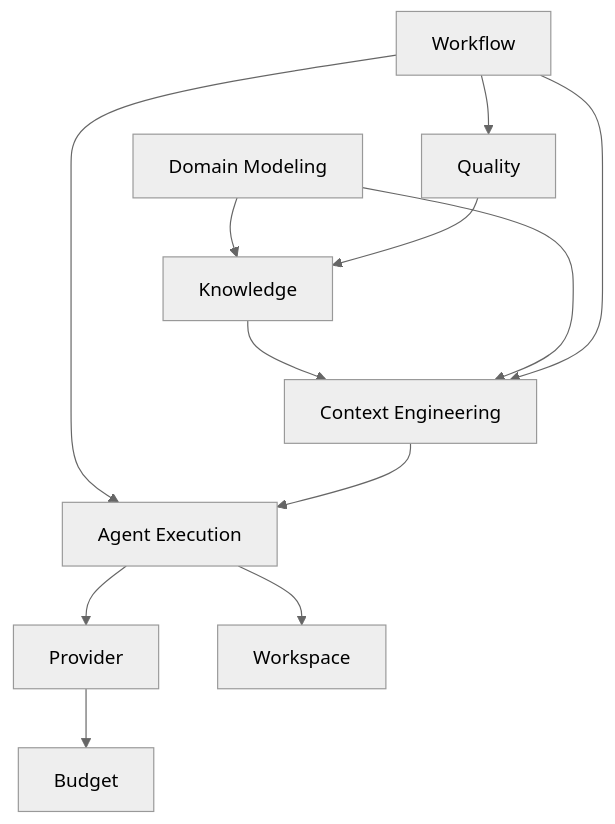
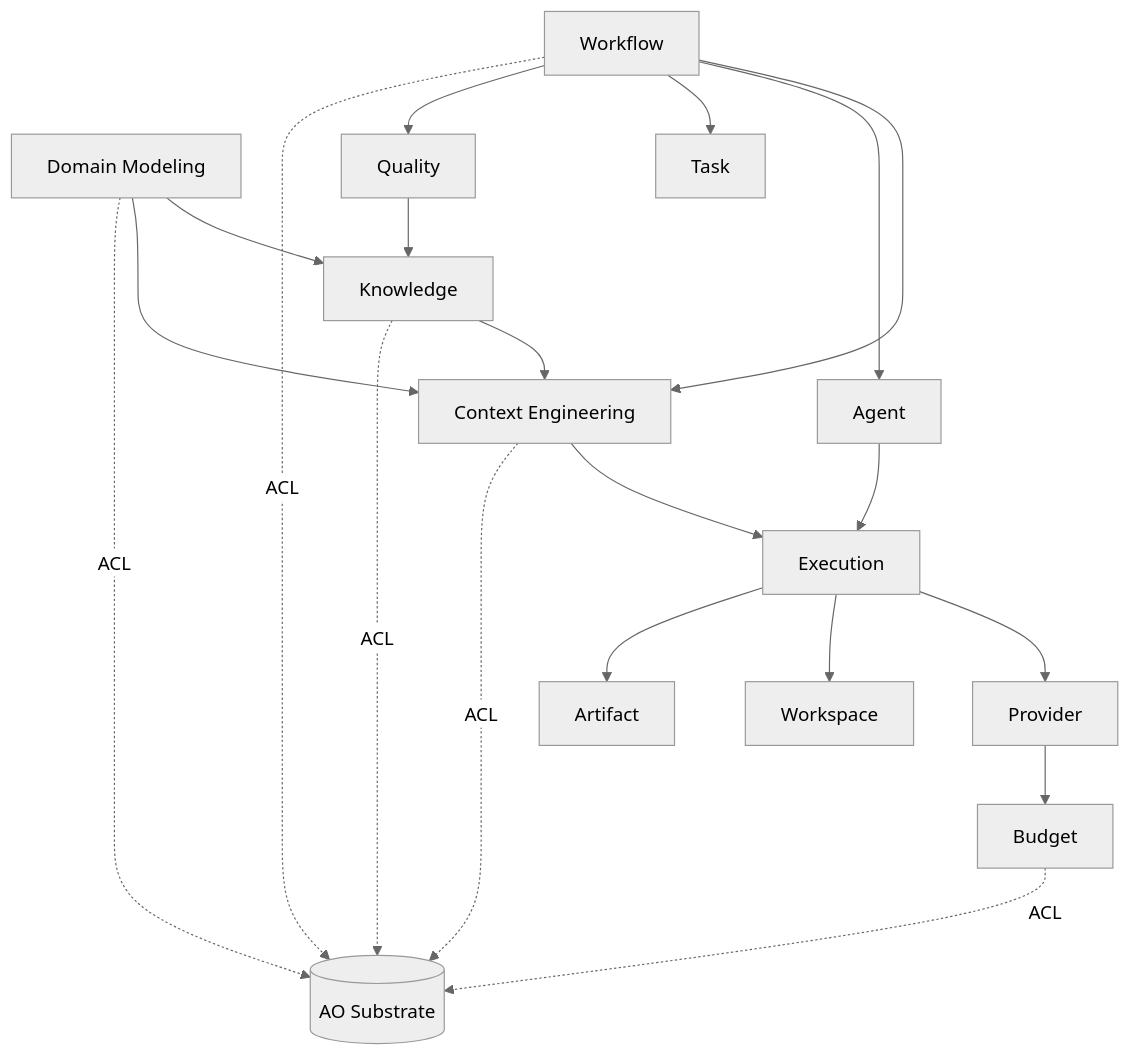
The diagram in docs/fork/ddd-spec/04-bounded-context-map.md (hainguyen97dev/ai-orchestrator), drawn with Mermaid (neutral theme) before and after one commit. The commit also changed other lines of this file, not shown here.

Commit message:
docs(ddd-spec): context map with AO substrate, ACL and source priority

````diff
--- a/docs/fork/ddd-spec/04-bounded-context-map.md
+++ b/docs/fork/ddd-spec/04-bounded-context-map.md
@@ -8,14 +38,22 @@
 ```mermaid
 graph TD
  D[Domain Modeling] --> K[Knowledge]
  K --> C[Context Engineering]
  D --> C
  W[Workflow] --> C
- W --> A[Agent Execution]
- C --> A
- A --> P[Provider]
- P --> B[Budget]
- A --> S[Workspace]
+ W --> AG[Agent]
+ W --> T[Task]
+ AG --> X[Execution]
+ C --> X
+ X --> PR[Provider]
+ PR --> B[Budget]
+ X --> S[Workspace]
  W --> Q[Quality]
  Q --> K
+ X --> AR[Artifact]
+ D -. ACL .-> AO[(AO Substrate)]
+ K -. ACL .-> AO
+ C -. ACL .-> AO
+ W -. ACL .-> AO
+ B -. ACL .-> AO
 ```
````
